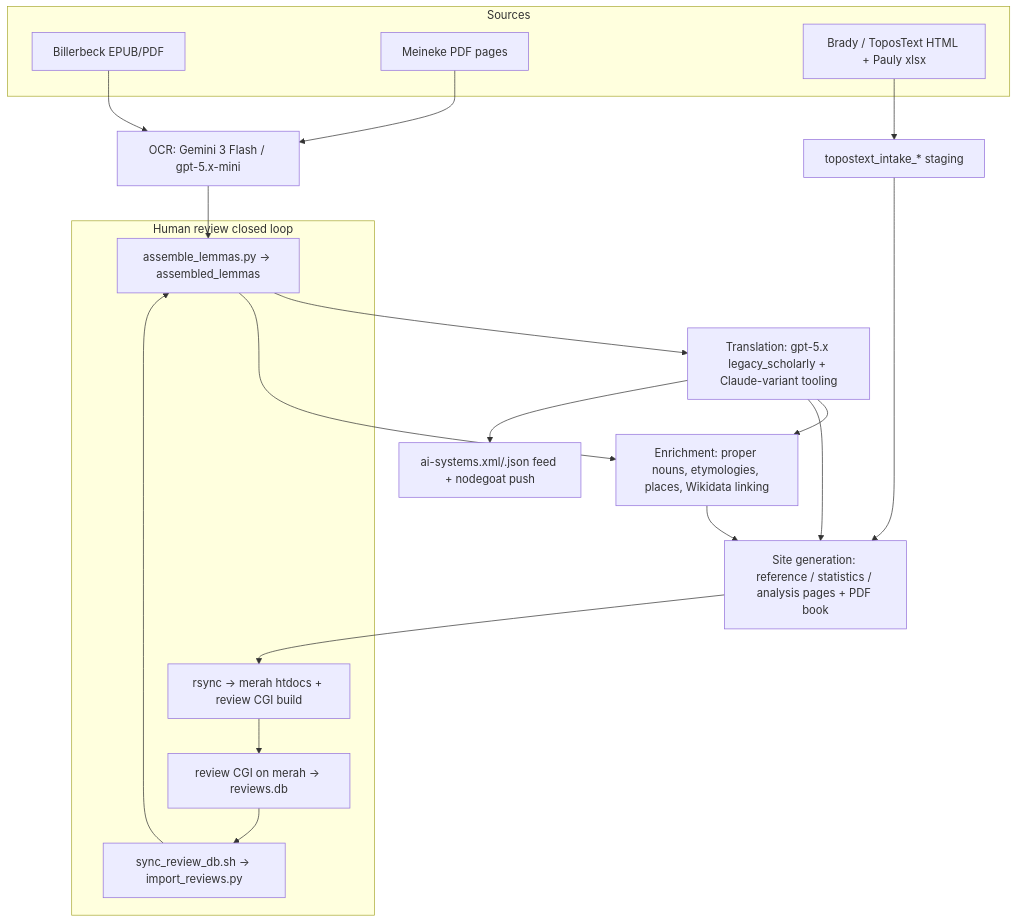
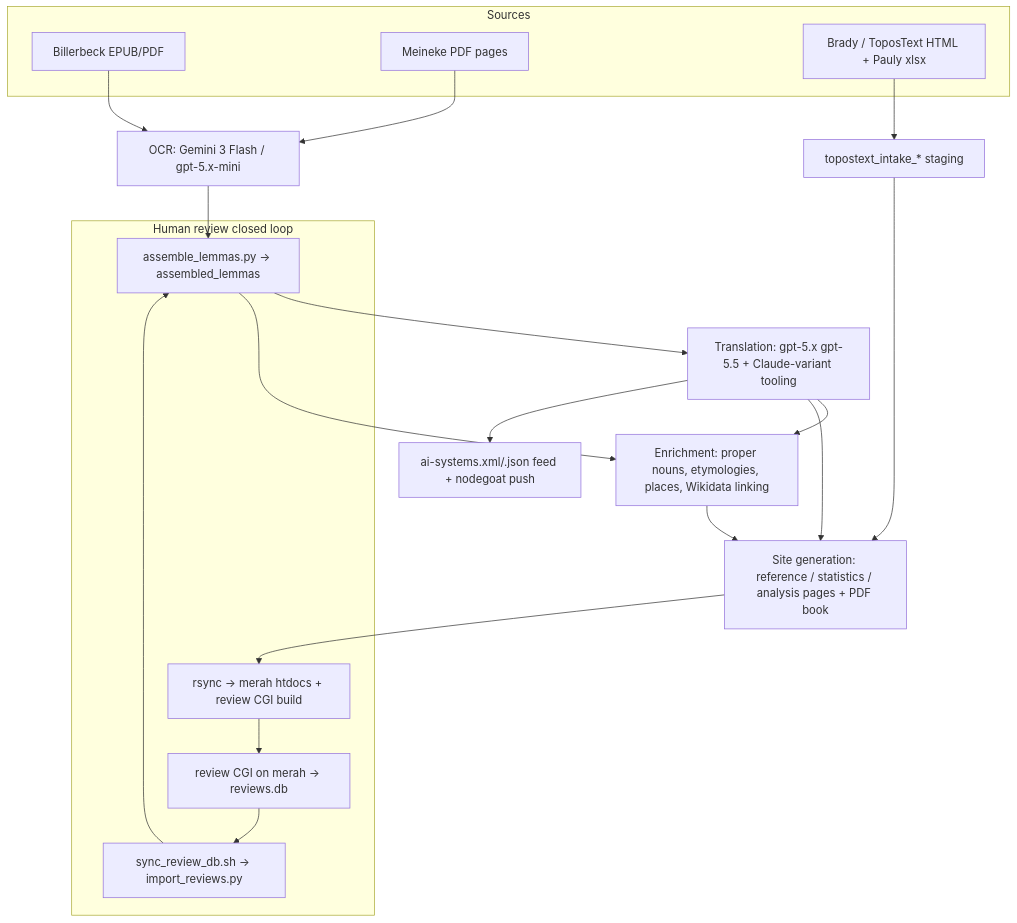
The diagram in docs/architecture/OVERVIEW.md (solresol/stephanos), drawn with Mermaid before and after one commit. The commit also changed 14 other files, not shown here.

````diff
--- a/docs/architecture/OVERVIEW.md
+++ b/docs/architecture/OVERVIEW.md
@@ -17,26 +17,26 @@
 ```mermaid
 flowchart TD
   subgraph Sources
     EPUB[Billerbeck EPUB/PDF]
     MEIN[Meineke PDF pages]
     TOPO[Brady / ToposText HTML + Pauly xlsx]
   end
 
   EPUB --> OCR[OCR: Gemini 3 Flash / gpt-5.x-mini]
   MEIN --> OCR
   OCR --> ASM[assemble_lemmas.py -> assembled_lemmas]
-  ASM --> TR[Translation: gpt-5.x legacy_scholarly + Claude-variant tooling]
+  ASM --> TR[Translation: gpt-5.x gpt-5.5 + Claude-variant tooling]
   TR --> ENR[Enrichment: proper nouns, etymologies, places, Wikidata linking]
   ASM --> ENR
   ENR --> SITE[Site generation: reference / statistics / analysis pages + PDF book]
   TR --> SITE
   SITE --> DEPLOY[rsync -> merah htdocs + review CGI build]
   TR --> FEED[ai-systems.xml/.json feed + nodegoat push]
   TOPO --> INTAKE[topostext_intake_* staging] --> SITE
 
   subgraph ReviewLoop[Human review closed loop]
     DEPLOY --> RCGI[review CGI on merah -> reviews.db]
     RCGI --> SYNC[sync_review_db.sh -> import_reviews.py]
     SYNC --> ASM
   end
 ```
````
